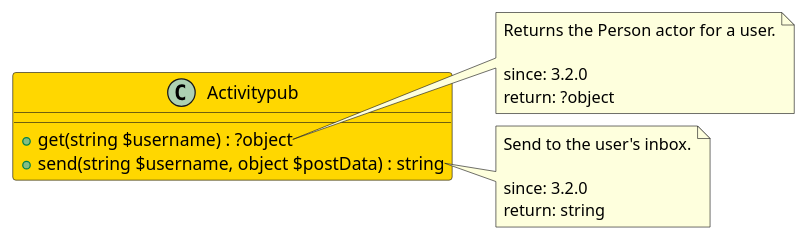
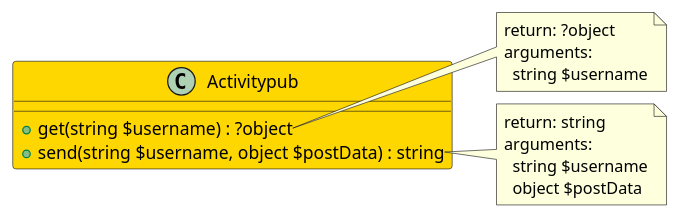
Before and after one commit to joomengine/gitea: the diagram in src/9ae44ddd-9d69-4298-a50b-05129cbebb76/README.md, drawn with PlantUML. The commit also changed 370 other files, not shown here.

````diff
--- a/src/9ae44ddd-9d69-4298-a50b-05129cbebb76/README.md
+++ b/src/9ae44ddd-9d69-4298-a50b-05129cbebb76/README.md
@@ -6,24 +6,23 @@
 ```uml
 @startuml
 
-class Activitypub  #Gold {
+class Activitypub #Gold {
   + get(string $username) : ?object
   + send(string $username, object $postData) : string
 }
 
 note right of Activitypub::get
-  Returns the Person actor for a user.
-
-  since: 3.2.0
   return: ?object
+  arguments:
+    string $username
 end note
 
 note right of Activitypub::send
-  Send to the user's inbox.
-
-  since: 3.2.0
   return: string
+  arguments:
+    string $username
+    object $postData
 end note
 
 @enduml
 ```
````
